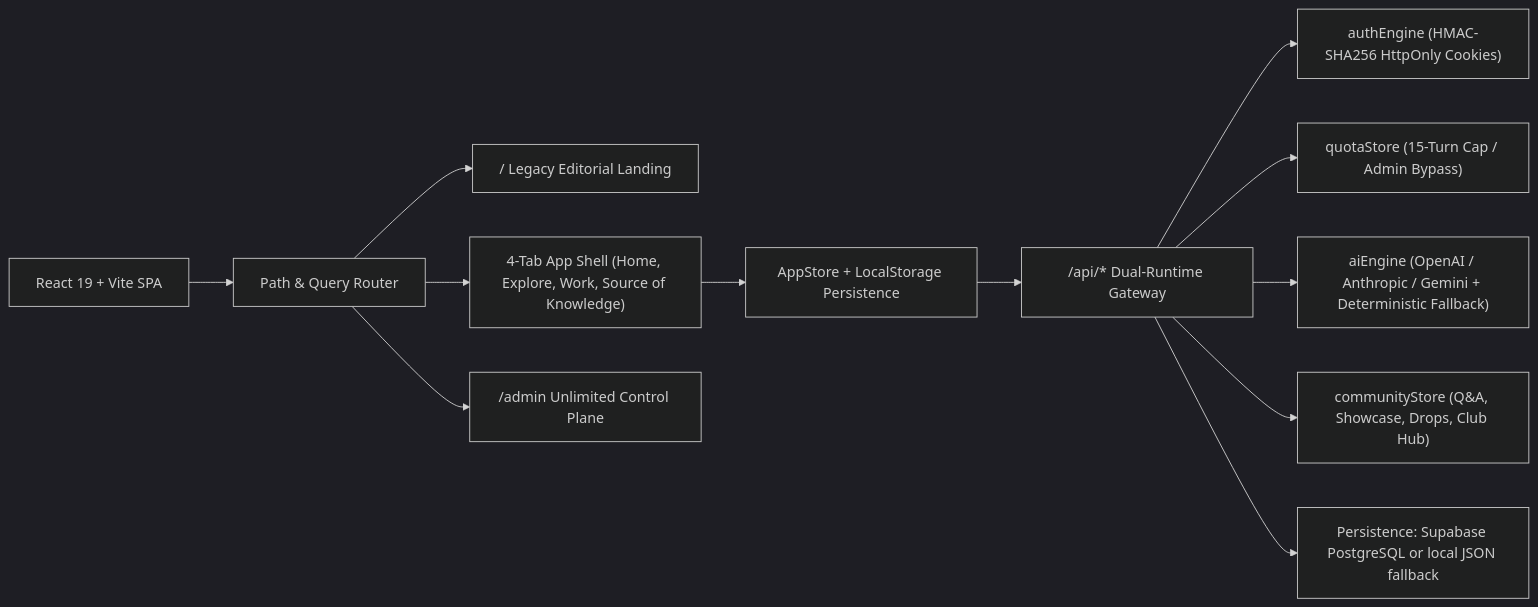
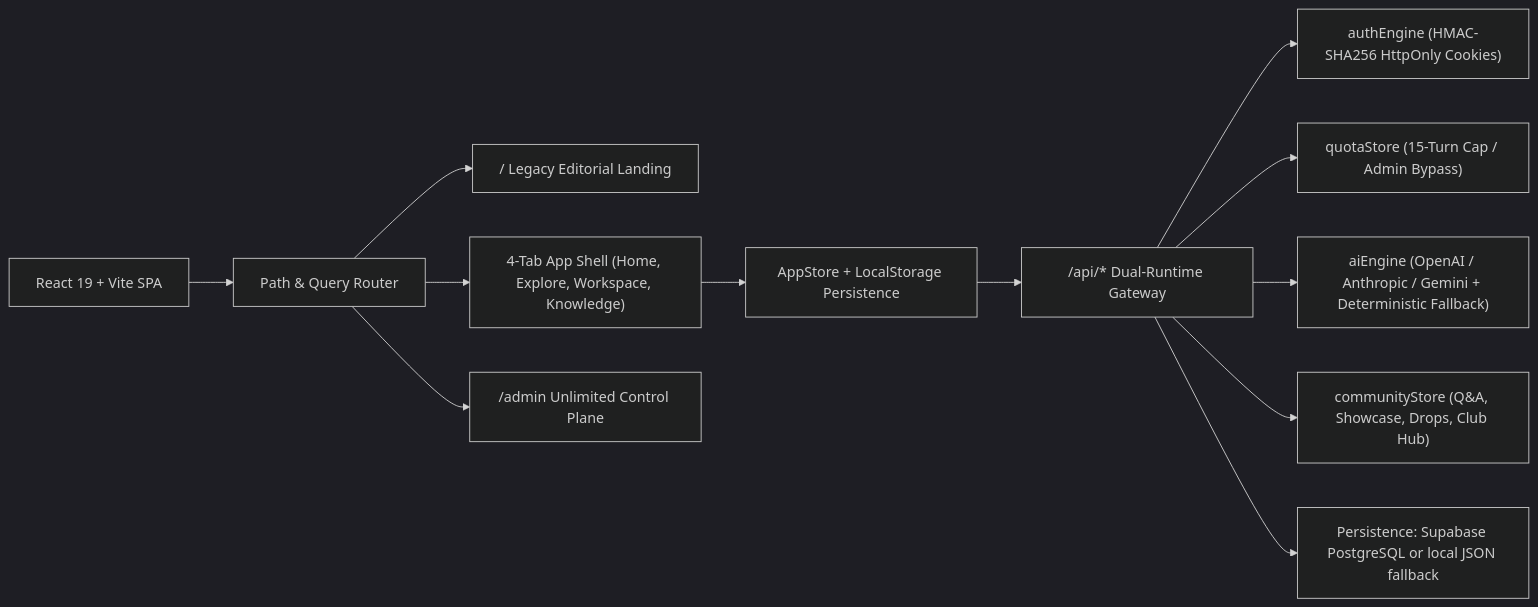
Before and after one commit to broamstuck-cybr/f_forumv3: the diagram in README.md, drawn with Mermaid (dark theme). The commit also changed other lines of this file and 19 other files, not shown here.

````diff
--- a/README.md
+++ b/README.md
@@ -7,14 +19,14 @@
 ```mermaid
 flowchart LR
   Client["React 19 + Vite SPA"] --> Router["Path & Query Router"]
   Router --> Landing["/ Legacy Editorial Landing"]
-  Router --> AppShell["4-Tab App Shell (Home, Explore, Work, Source of Knowledge)"]
+  Router --> AppShell["4-Tab App Shell (Home, Explore, Workspace, Knowledge)"]
   Router --> Admin["/admin Unlimited Control Plane"]
   AppShell --> Store["AppStore + LocalStorage Persistence"]
   Store --> API["/api/* Dual-Runtime Gateway"]
   API --> Auth["authEngine (HMAC-SHA256 HttpOnly Cookies)"]
   API --> Quota["quotaStore (15-Turn Cap / Admin Bypass)"]
   API --> AIEngine["aiEngine (OpenAI / Anthropic / Gemini + Deterministic Fallback)"]
   API --> Community["communityStore (Q&A, Showcase, Drops, Club Hub)"]
   API --> Persistence["Persistence: Supabase PostgreSQL or local JSON fallback"]
 ```
````
